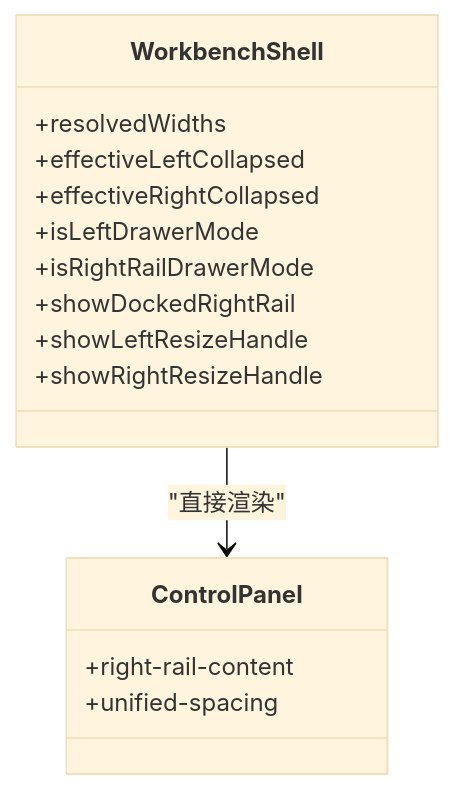
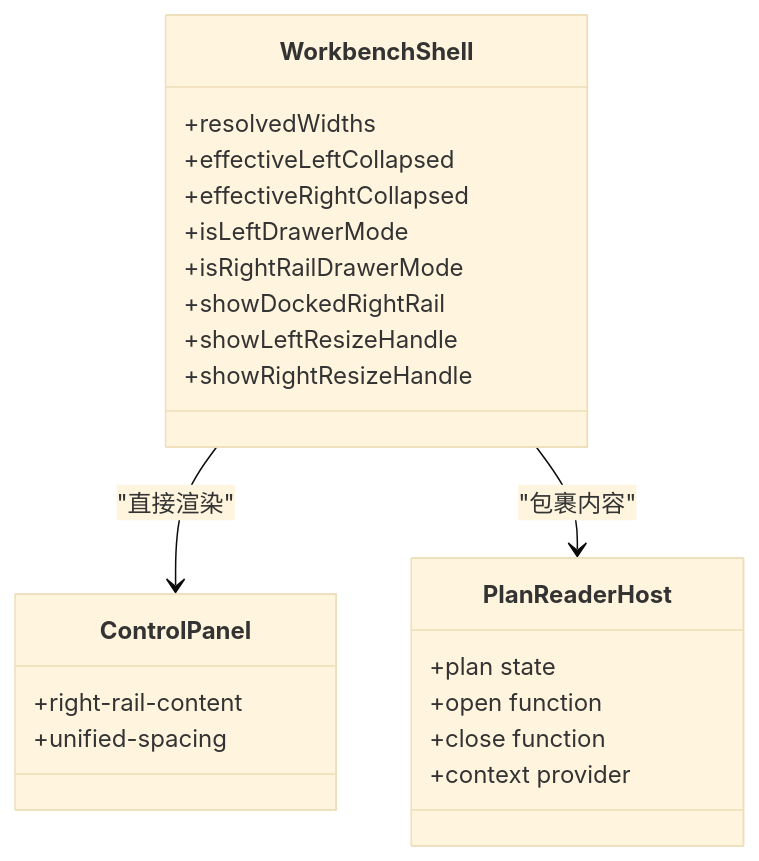
Before and after one commit to haolange/RDC-Agent: the third of 6 diagrams in .qoder/repowiki/zh/content/用户界面/工作台界面/工作台界面.md, drawn with Mermaid (base theme). The commit also changed other lines of this file and 80 other files, not shown here.

````diff
--- a/.qoder/repowiki/zh/content/用户界面/工作台界面/工作台界面.md
+++ b/.qoder/repowiki/zh/content/用户界面/工作台界面/工作台界面.md
@@ -115,18 +134,25 @@
 ```mermaid
 classDiagram
 class WorkbenchShell {
 +resolvedWidths
 +effectiveLeftCollapsed
 +effectiveRightCollapsed
 +isLeftDrawerMode
 +isRightRailDrawerMode
 +showDockedRightRail
 +showLeftResizeHandle
 +showRightResizeHandle
 }
 class ControlPanel {
 +right-rail-content
 +unified-spacing
 }
+class PlanReaderHost {
++plan state
++open function
++close function
++context provider
+}
 WorkbenchShell --> ControlPanel : "直接渲染"
+WorkbenchShell --> PlanReaderHost : "包裹内容"
 ```
````
